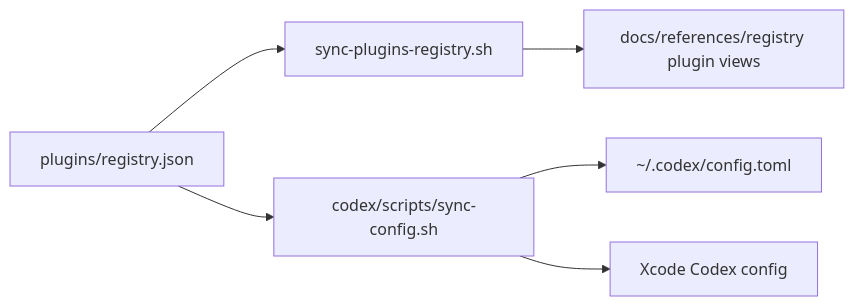
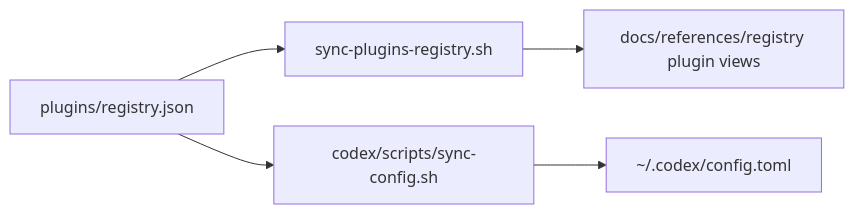
One commit to wisdom-in-a-nutshell/.agents changed the diagram in docs/references/plugins-registry.md. Above: the diagram before and after it, drawn with Mermaid. The commit also changed other lines of this file and 36 other files, not shown here.

````diff
--- a/docs/references/plugins-registry.md
+++ b/docs/references/plugins-registry.md
@@ -13,8 +13,7 @@
 ```mermaid
 flowchart LR
     A[plugins/registry.json] --> B[sync-plugins-registry.sh]
     A --> C[codex/scripts/sync-config.sh]
     B --> D[docs/references/registry plugin views]
     C --> E[~/.codex/config.toml]
-    C --> F[Xcode Codex config]
 ```
````
